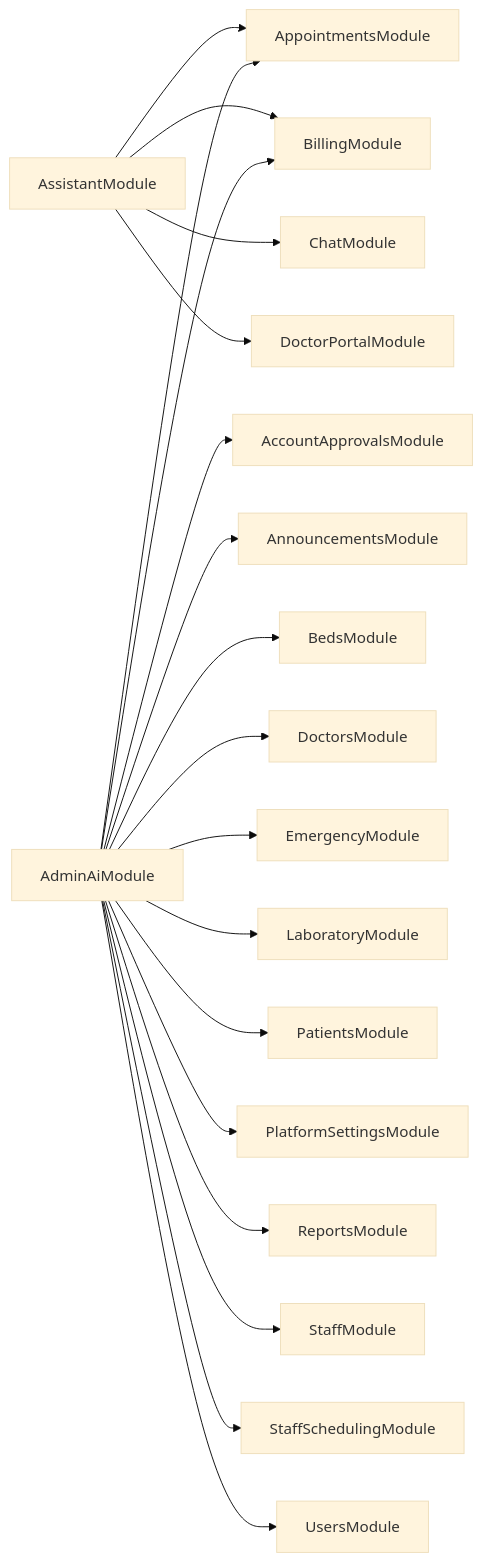
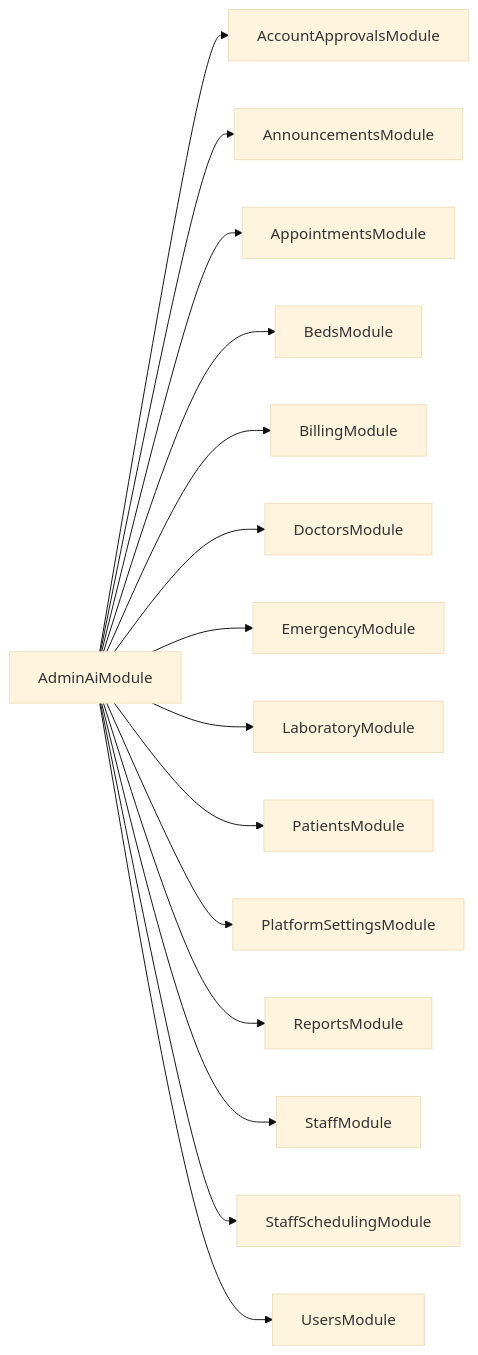
One commit to muhammadhamd56-cloud/hospital-management-system changed diagram 11 of 38 in backend/api/ARCHITECTURE.md. Above: the diagram before and after it, drawn with Mermaid (base theme). The commit also changed other lines of this file and 13 other files, not shown here.

First line of the commit message:
docs: document the Ollama-based Admin AI and correct stale architecture gaps

````diff
--- a/backend/api/ARCHITECTURE.md
+++ b/backend/api/ARCHITECTURE.md
@@ -632,42 +636,34 @@
 ```mermaid
 flowchart LR
-  AsstM["AssistantModule"]
   AdminAiM["AdminAiModule"]
 
-  ApptM["AppointmentsModule"]
-  BillM["BillingModule"]
-  ChatM["ChatModule"]
-  DPortalM["DoctorPortalModule"]
   ApprM["AccountApprovalsModule"]
   AnnM["AnnouncementsModule"]
+  ApptM["AppointmentsModule"]
   BedsM["BedsModule"]
+  BillM["BillingModule"]
   DocM["DoctorsModule"]
   EmergM["EmergencyModule"]
   LabM["LaboratoryModule"]
   PatM["PatientsModule"]
   SettingsM["PlatformSettingsModule"]
   RepM["ReportsModule"]
   StaffM["StaffModule"]
   SchedM["StaffSchedulingModule"]
   UsersM["UsersModule"]
-
-  AsstM --> ApptM
-  AsstM --> BillM
-  AsstM --> ChatM
-  AsstM --> DPortalM
 
   AdminAiM --> ApprM
   AdminAiM --> AnnM
   AdminAiM --> ApptM
   AdminAiM --> BedsM
   AdminAiM --> BillM
   AdminAiM --> DocM
   AdminAiM --> EmergM
   AdminAiM --> LabM
   AdminAiM --> PatM
   AdminAiM --> SettingsM
   AdminAiM --> RepM
   AdminAiM --> StaffM
   AdminAiM --> SchedM
   AdminAiM --> UsersM
 ```
````
